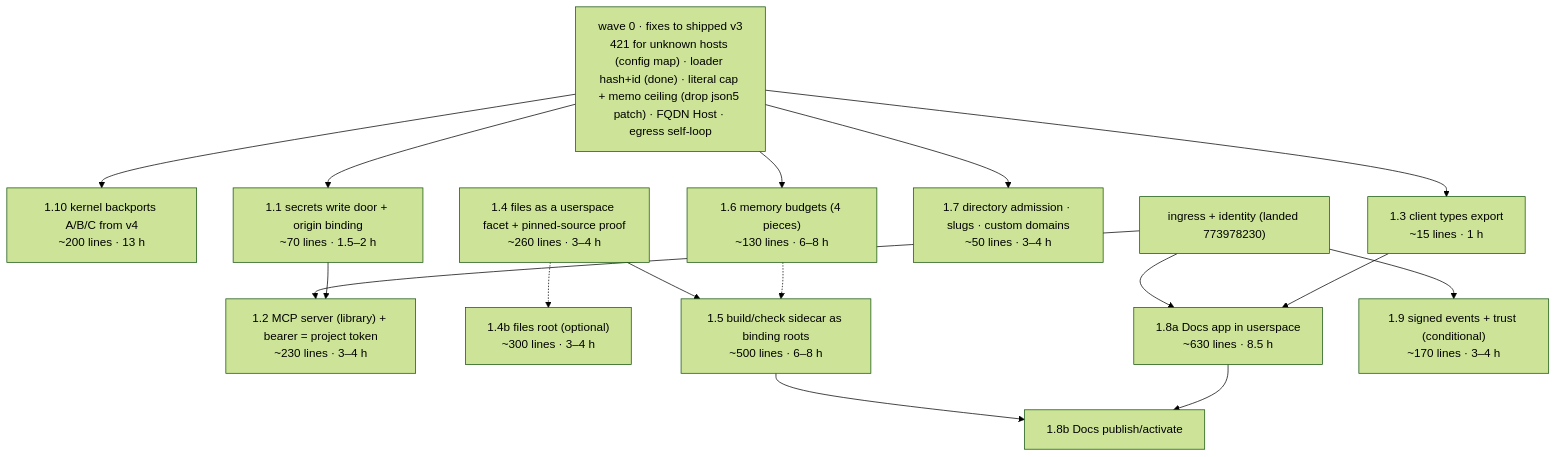
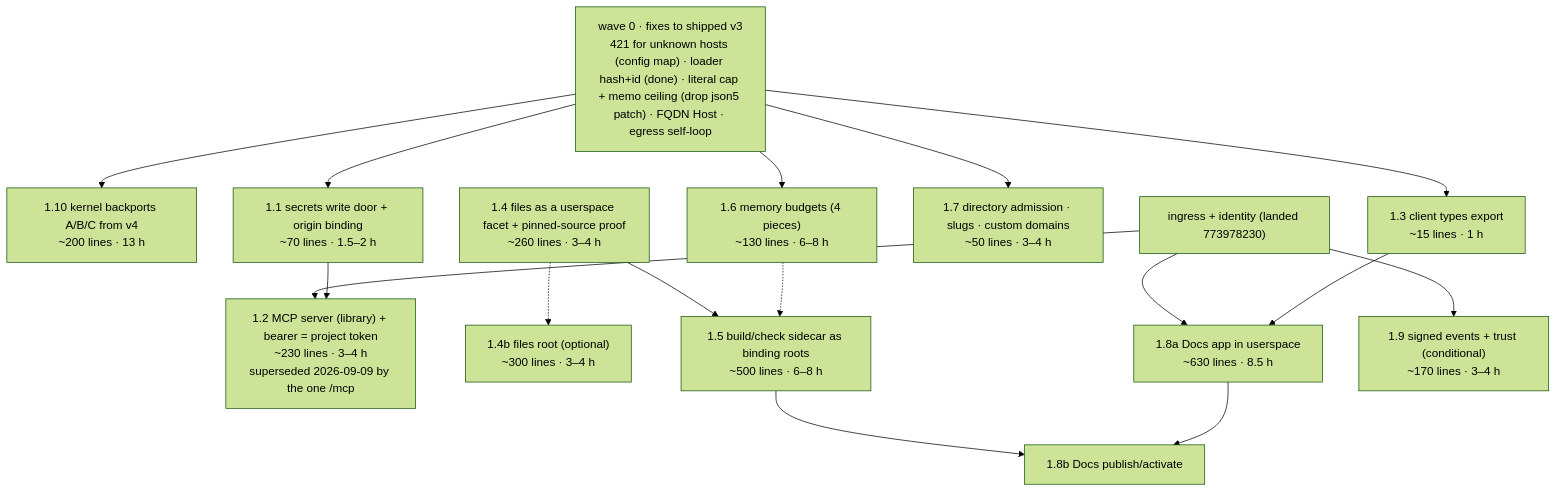
One commit to iterate/iterate changed the diagram in packages/v3/project-worker/docs/plan-v4-features-layered-on-v3.md. Above: the diagram before and after it, drawn with Mermaid (forest theme). The commit also changed other lines of this file and 23 other files, not shown here.

````diff
--- a/packages/v3/project-worker/docs/plan-v4-features-layered-on-v3.md
+++ b/packages/v3/project-worker/docs/plan-v4-features-layered-on-v3.md
@@ -353,32 +356,32 @@
 ```mermaid
 graph TD
   W0["wave 0 · fixes to shipped v3<br/>421 for unknown hosts (config map) · loader hash+id (done) · literal cap + memo ceiling (drop json5 patch) · FQDN Host · egress self-loop"]
   K["1.10 kernel backports A/B/C from v4<br/>~200 lines · 13 h"]
   W0 --> K
   S["1.1 secrets write door + origin binding<br/>~70 lines · 1.5–2 h"]
   T["1.3 client types export<br/>~15 lines · 1 h"]
-  M["1.2 MCP server (library) + bearer = project token<br/>~230 lines · 3–4 h"]
+  M["1.2 MCP server (library) + bearer = project token<br/>~230 lines · 3–4 h<br/>superseded 2026-09-09 by the one /mcp"]
   B["1.6 memory budgets (4 pieces)<br/>~130 lines · 6–8 h"]
   D["1.7 directory admission · slugs · custom domains<br/>~50 lines · 3–4 h"]
   F["1.4 files as a userspace facet + pinned-source proof<br/>~260 lines · 3–4 h"]
   FR["1.4b files root (optional)<br/>~300 lines · 3–4 h"]
   BC["1.5 build/check sidecar as binding roots<br/>~500 lines · 6–8 h"]
   DA["1.8a Docs app in userspace<br/>~630 lines · 8.5 h"]
   DB["1.8b Docs publish/activate"]
   P["1.9 signed events + trust (conditional)<br/>~170 lines · 3–4 h"]
   ING["ingress + identity (landed 773978230)"]
   W0 --> S
   W0 --> T
   W0 --> B
   W0 --> D
   ING --> M
   ING --> DA
   T --> DA
   F --> BC
   F -.-> FR
   BC --> DB
   DA --> DB
   S --> M
   ING --> P
   B -.-> BC
 ```
````
